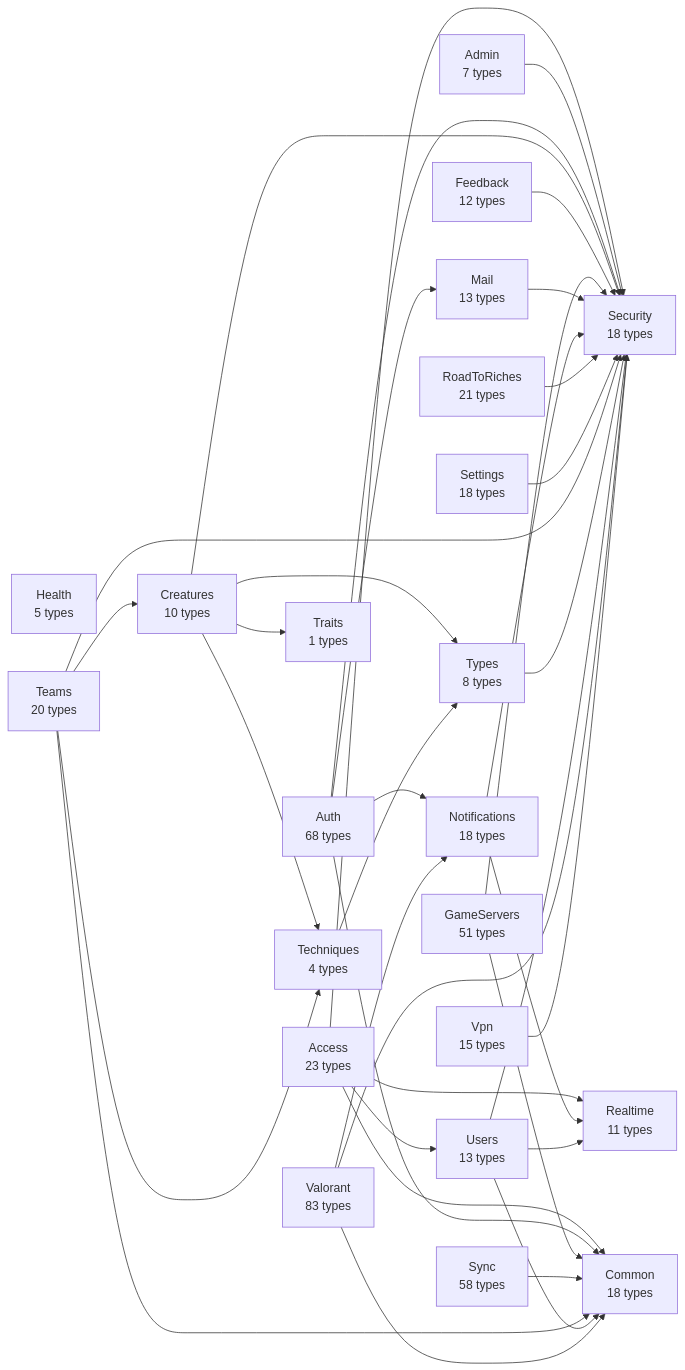
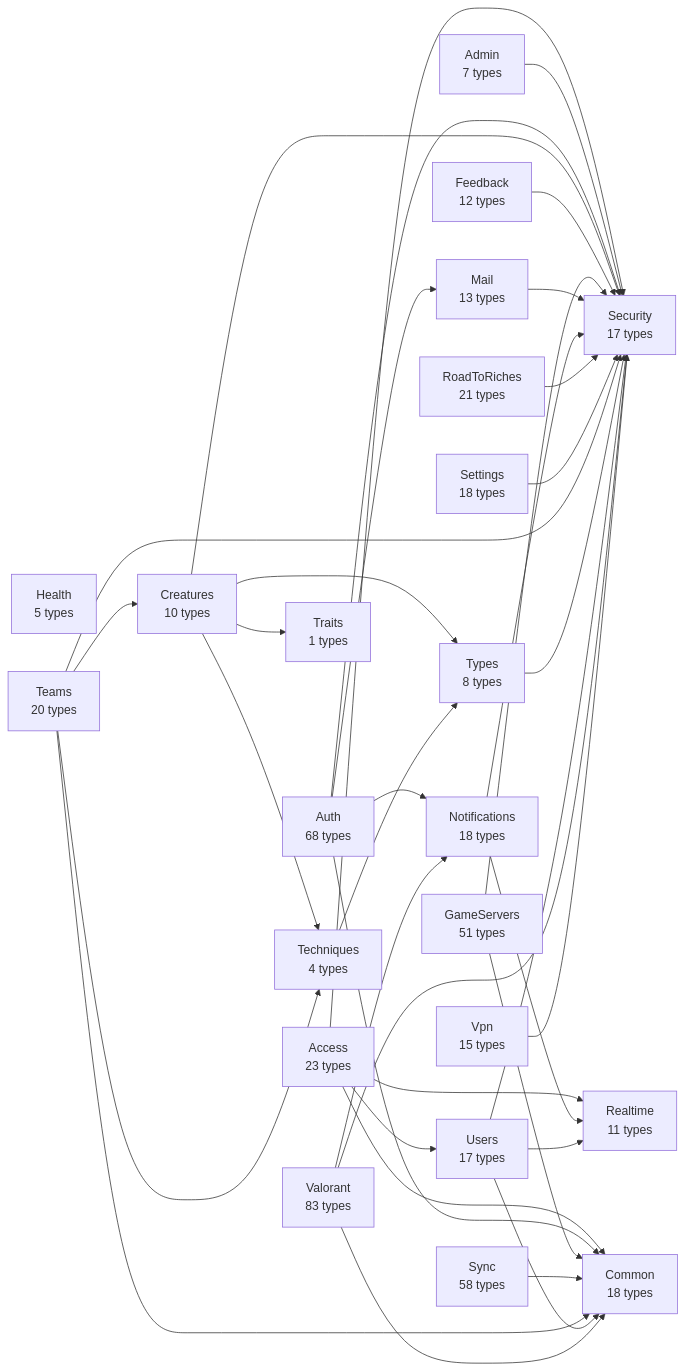
One commit to huiitre/Tools-app changed the diagram in api/docs/diagrams/00-modules.md. Above: the diagram before and after it, drawn with Mermaid. The commit also changed 38 other files, not shown here.

````diff
--- a/api/docs/diagrams/00-modules.md
+++ b/api/docs/diagrams/00-modules.md
@@ -5,60 +5,60 @@
 ```mermaid
 flowchart LR
   Access["Access<br/>23 types"]
   Admin["Admin<br/>7 types"]
   Auth["Auth<br/>68 types"]
   Common["Common<br/>18 types"]
   Creatures["Creatures<br/>10 types"]
   Feedback["Feedback<br/>12 types"]
   GameServers["GameServers<br/>51 types"]
   Health["Health<br/>5 types"]
   Mail["Mail<br/>13 types"]
   Notifications["Notifications<br/>18 types"]
   Realtime["Realtime<br/>11 types"]
   RoadToRiches["RoadToRiches<br/>21 types"]
-  Security["Security<br/>18 types"]
+  Security["Security<br/>17 types"]
   Settings["Settings<br/>18 types"]
   Sync["Sync<br/>58 types"]
   Teams["Teams<br/>20 types"]
   Techniques["Techniques<br/>4 types"]
   Traits["Traits<br/>1 types"]
   Types["Types<br/>8 types"]
-  Users["Users<br/>13 types"]
+  Users["Users<br/>17 types"]
   Valorant["Valorant<br/>83 types"]
   Vpn["Vpn<br/>15 types"]
   Access --> Common
   Access --> Realtime
   Access --> Security
   Access --> Users
   Admin --> Security
   Auth --> Common
   Auth --> Mail
   Auth --> Notifications
   Auth --> Security
   Creatures --> Security
   Creatures --> Techniques
   Creatures --> Traits
   Creatures --> Types
   Feedback --> Security
   GameServers --> Common
   GameServers --> Security
   Mail --> Security
   Notifications --> Realtime
   Notifications --> Security
   RoadToRiches --> Security
   Settings --> Security
   Sync --> Common
   Teams --> Common
   Teams --> Creatures
   Teams --> Security
   Teams --> Techniques
   Techniques --> Types
   Types --> Security
   Users --> Common
   Users --> Realtime
   Users --> Security
   Valorant --> Common
   Valorant --> Notifications
   Valorant --> Security
   Vpn --> Security
 ```
````
